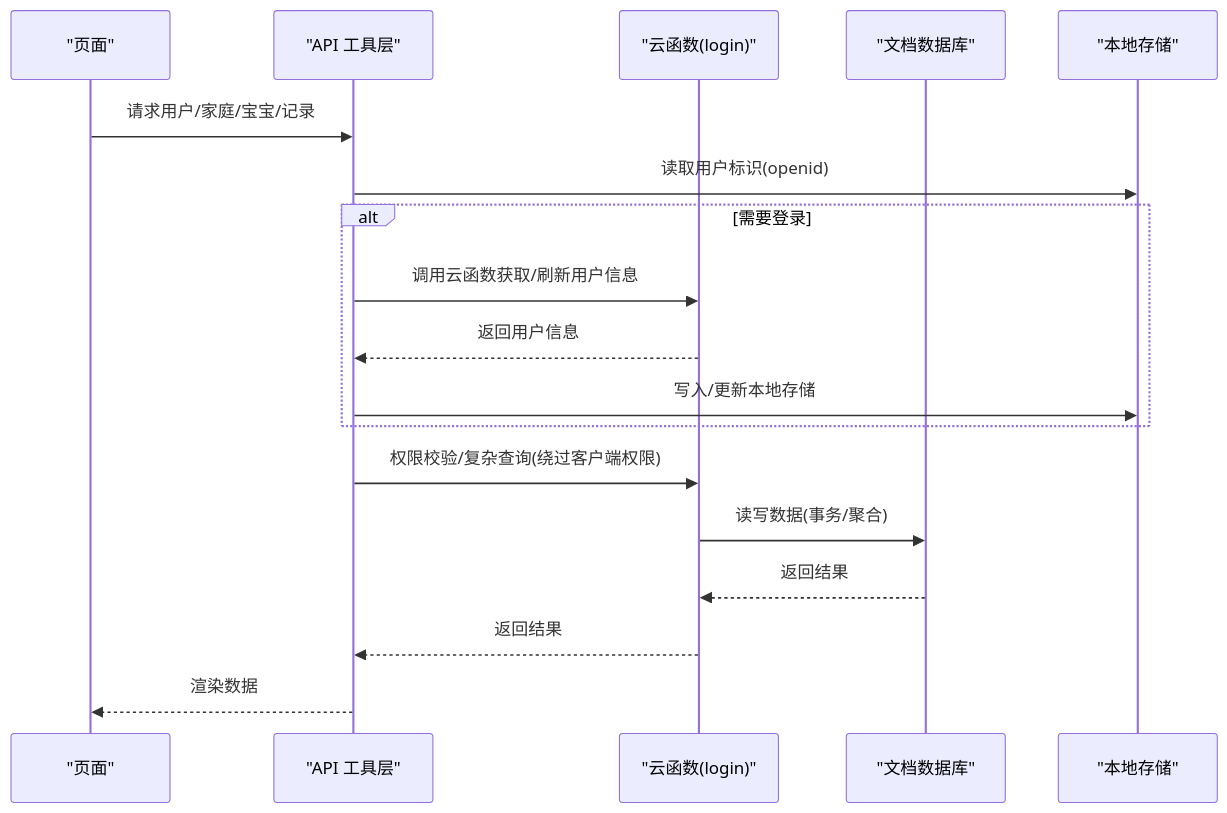
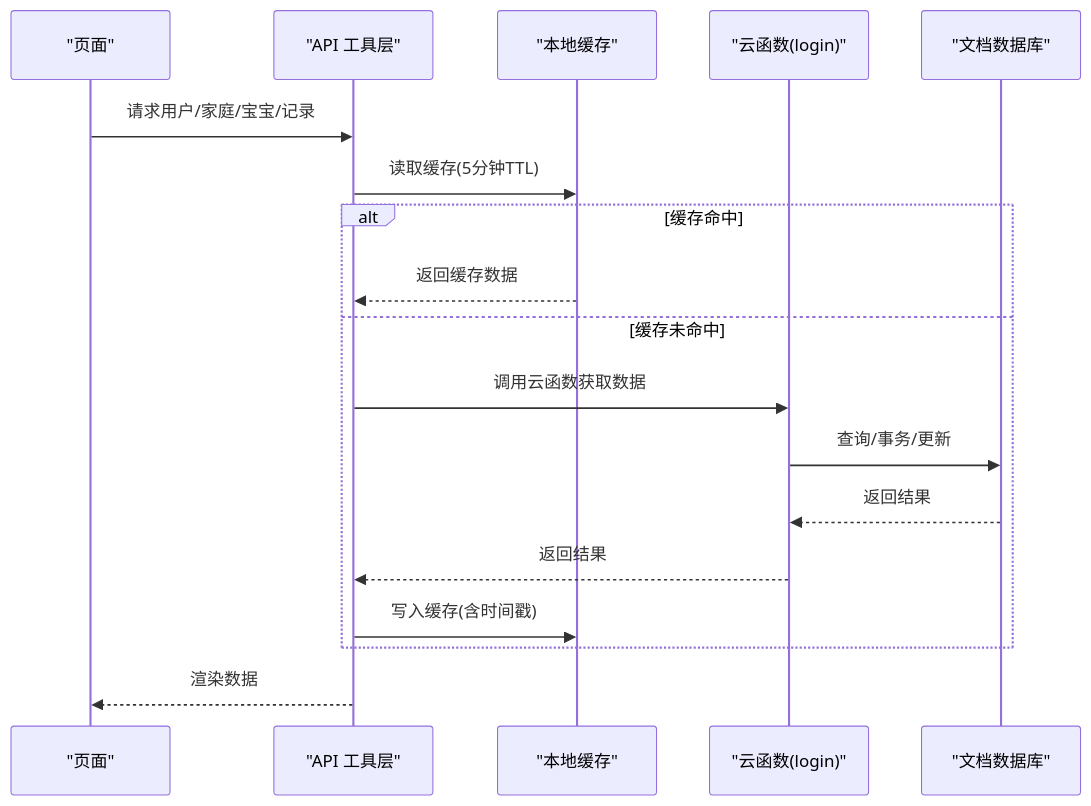
Before and after one commit to zhangxin19911211-creator/Project_BabyAssistant: the second of 8 diagrams in .qoder/repowiki/zh/content/性能优化/缓存策略设计.md, drawn with Mermaid. The commit also changed other lines of this file and 24 other files, not shown here.

````diff
--- a/.qoder/repowiki/zh/content/性能优化/缓存策略设计.md
+++ b/.qoder/repowiki/zh/content/性能优化/缓存策略设计.md
@@ -88,20 +95,20 @@
 ```mermaid
 sequenceDiagram
 participant Page as "页面"
 participant API as "API 工具层"
+participant Cache as "本地缓存"
 participant CF as "云函数(login)"
 participant DB as "文档数据库"
-participant LS as "本地存储"
 Page->>API : 请求用户/家庭/宝宝/记录
-API->>LS : 读取用户标识(openid)
-alt 需要登录
-API->>CF : 调用云函数获取/刷新用户信息
-CF-->>API : 返回用户信息
-API->>LS : 写入/更新本地存储
-end
-API->>CF : 权限校验/复杂查询(绕过客户端权限)
-CF->>DB : 读写数据(事务/聚合)
+API->>Cache : 读取缓存(5分钟TTL)
+alt 缓存命中
+Cache-->>API : 返回缓存数据
+else 缓存未命中
+API->>CF : 调用云函数获取数据
+CF->>DB : 查询/事务/更新
 DB-->>CF : 返回结果
 CF-->>API : 返回结果
+API->>Cache : 写入缓存(含时间戳)
+end
 API-->>Page : 渲染数据
 ```
````
